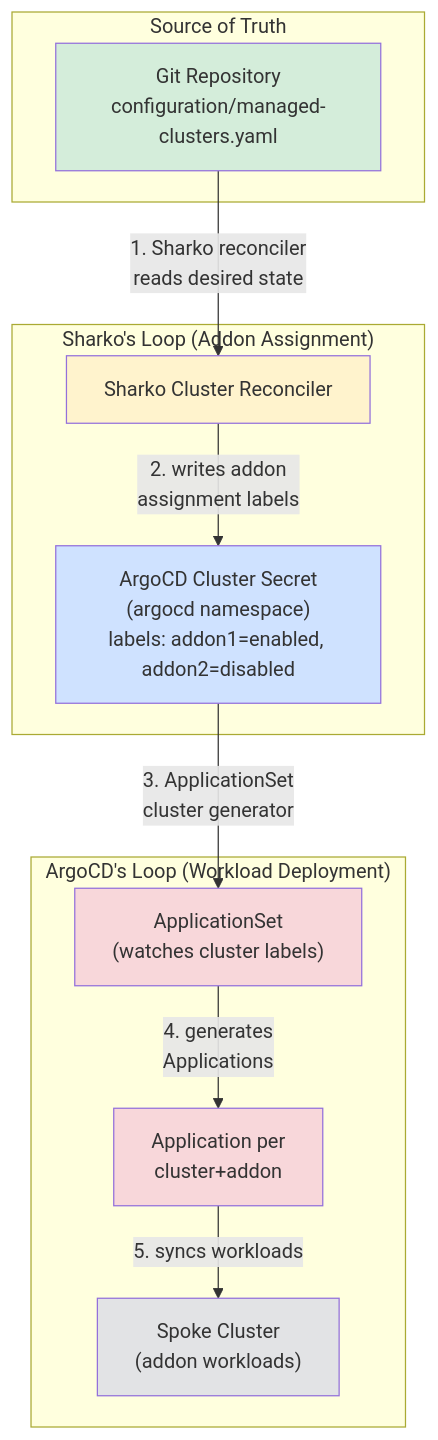
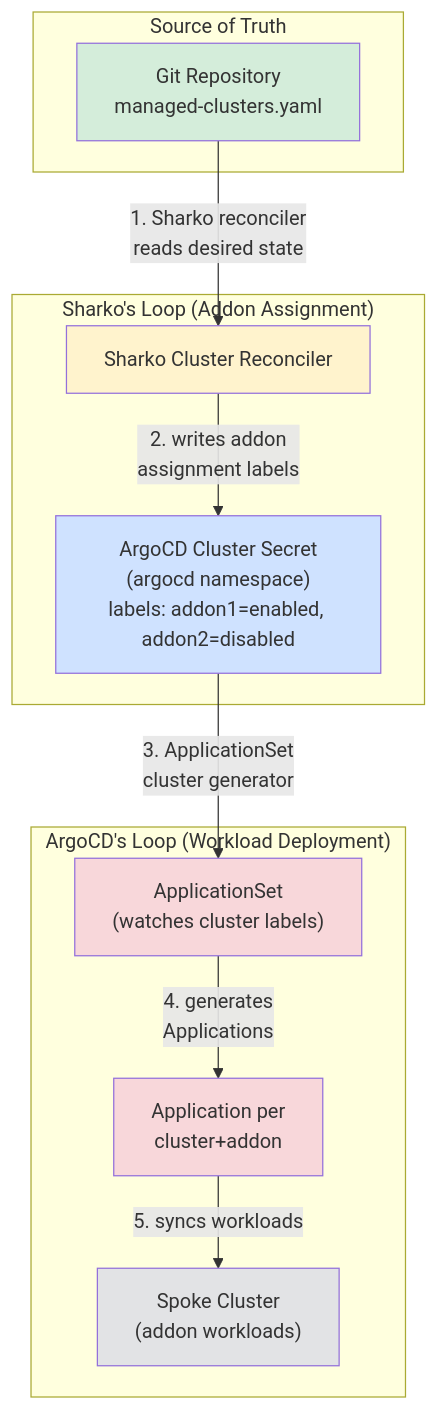
Before and after one commit to MoranWeissman/sharko: the diagram in docs/site/user-guide/why-sharko.md, drawn with Mermaid. The commit also changed 10 other files, not shown here.

````diff
--- a/docs/site/user-guide/why-sharko.md
+++ b/docs/site/user-guide/why-sharko.md
@@ -21,24 +21,24 @@
 ```mermaid
 flowchart TB
     subgraph "Source of Truth"
-        Git["Git Repository<br/>configuration/managed-clusters.yaml"]
+        Git["Git Repository<br/>managed-clusters.yaml"]
     end
     
     subgraph "Sharko's Loop (Addon Assignment)"
         Git -->|"1. Sharko reconciler<br/>reads desired state"| Recon["Sharko Cluster Reconciler"]
         Recon -->|"2. writes addon<br/>assignment labels"| ArgoSecret["ArgoCD Cluster Secret<br/>(argocd namespace)<br/>labels: addon1=enabled, addon2=disabled"]
     end
     
     subgraph "ArgoCD's Loop (Workload Deployment)"
         ArgoSecret -->|"3. ApplicationSet<br/>cluster generator"| AppSet["ApplicationSet<br/>(watches cluster labels)"]
         AppSet -->|"4. generates<br/>Applications"| Apps["Application per<br/>cluster+addon"]
         Apps -->|"5. syncs workloads"| Spoke["Spoke Cluster<br/>(addon workloads)"]
     end
     
     style Git fill:#d4edda
     style Recon fill:#fff3cd
     style ArgoSecret fill:#cfe2ff
     style AppSet fill:#f8d7da
     style Apps fill:#f8d7da
     style Spoke fill:#e2e3e5
 ```
````
